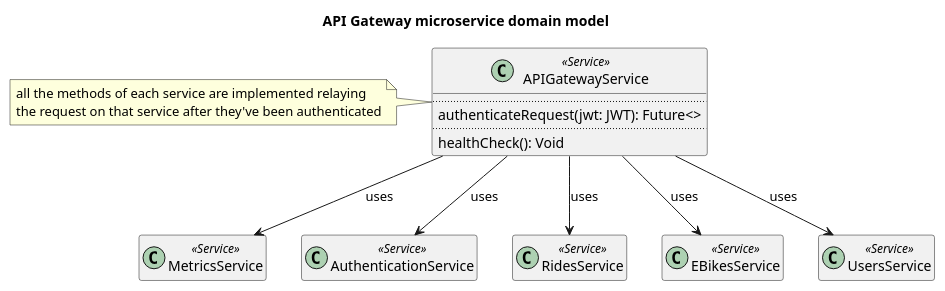
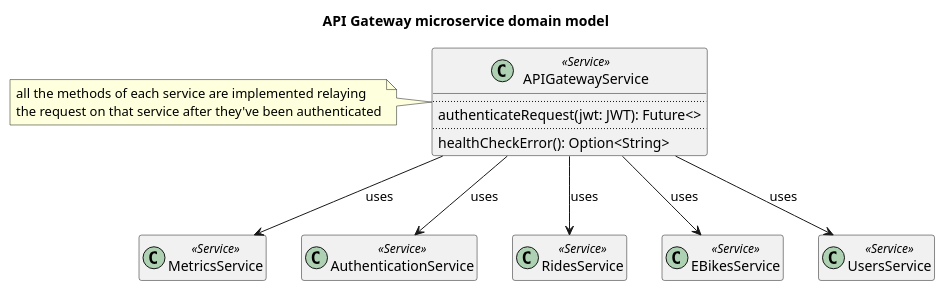
The diagram in doc/diagrams/src/apigateway-microservice-domain-model.puml (Ventus218/SAP-assignment-02), drawn with PlantUML before and after one commit. The commit also changed 10 other files, not shown here.

```diff
--- a/doc/diagrams/src/apigateway-microservice-domain-model.puml
+++ b/doc/diagrams/src/apigateway-microservice-domain-model.puml
@@ -1,34 +1,34 @@
 @startuml apigateway-microservice-domain-model
 
 title API Gateway microservice domain model
 
 class APIGatewayService <<Service>> {
     ..
     authenticateRequest(jwt: JWT): Future<>
     ..
-    healthCheck(): Void
+    healthCheckError(): Option<String>
 }
 
 note left of APIGatewayService
     all the methods of each service are implemented relaying
     the request on that service after they've been authenticated
 end note
 
 class MetricsService <<Service>>
 APIGatewayService --> MetricsService : "uses"
 
 class AuthenticationService <<Service>>
 APIGatewayService --> AuthenticationService : "uses"
 
 class RidesService <<Service>>
 APIGatewayService --> RidesService : "uses"
 
 class EBikesService <<Service>>
 APIGatewayService --> EBikesService : "uses"
 
 class UsersService <<Service>>
 APIGatewayService --> UsersService : "uses"
 
 hide empty members
 
 @enduml
```
